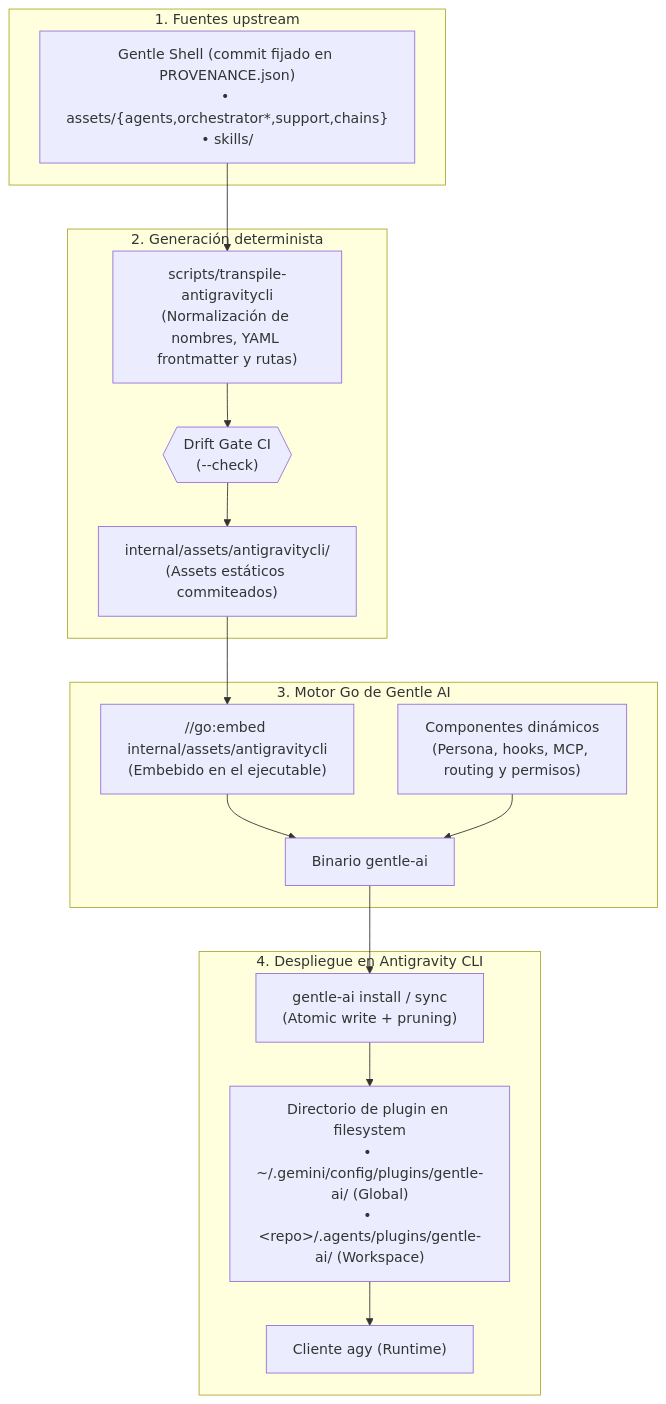
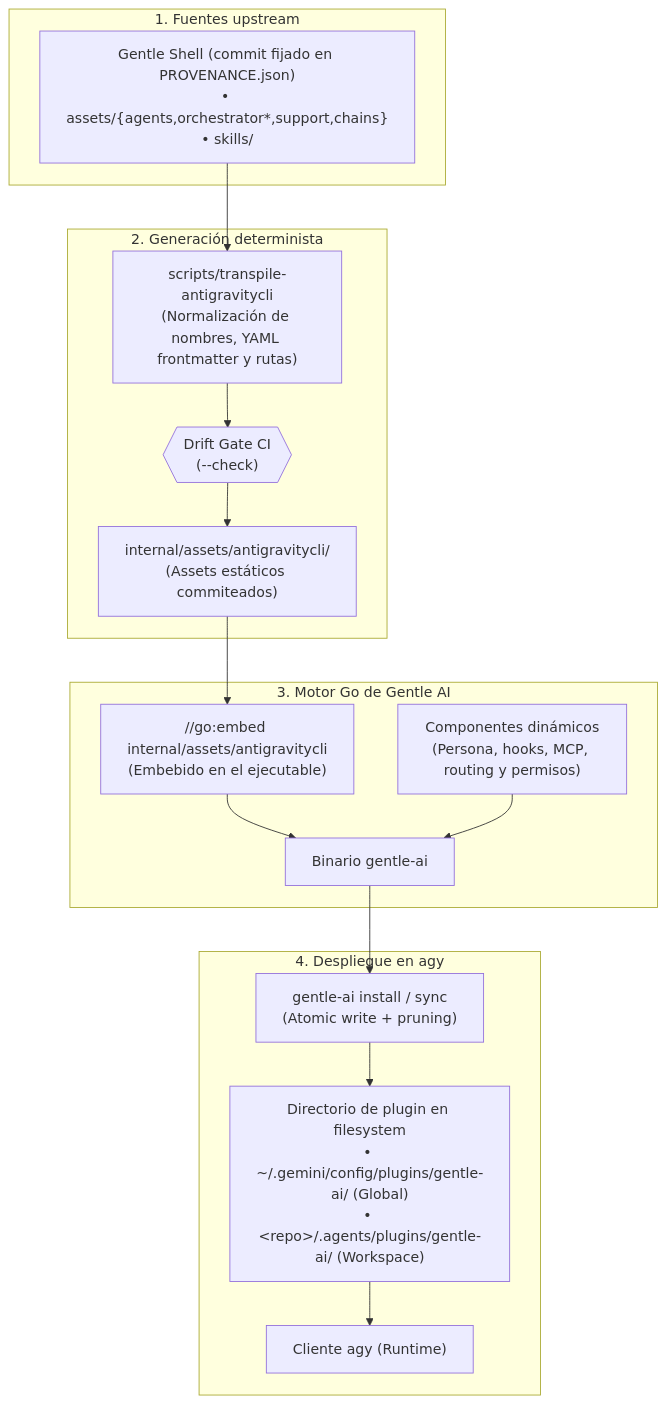
Before and after one commit to ariasbruno/gentle-ai: the first of 2 diagrams in docs/antigravity-cli/SUMMARY.md, drawn with Mermaid. The commit also changed other lines of this file and 15 other files, not shown here.

Commit message:
docs(antigravitycli): align agy and antigravity terminology

````diff
--- a/docs/antigravity-cli/SUMMARY.md
+++ b/docs/antigravity-cli/SUMMARY.md
@@ -17,34 +17,34 @@
 ```mermaid
 flowchart TD
     subgraph Upstream["1. Fuentes upstream"]
         GS["Gentle Shell (commit fijado en PROVENANCE.json)<br/>• assets/{agents,orchestrator*,support,chains}<br/>• skills/"]
     end
 
     subgraph Transpile["2. Generación determinista"]
         TR["scripts/transpile-antigravitycli<br/>(Normalización de nombres, YAML frontmatter y rutas)"]
         DG{{"Drift Gate CI<br/>(--check)"}}
         Assets["internal/assets/antigravitycli/<br/>(Assets estáticos commiteados)"]
     end
 
     subgraph Binary["3. Motor Go de Gentle AI"]
         Embed["//go:embed internal/assets/antigravitycli<br/>(Embebido en el ejecutable)"]
         Components["Componentes dinámicos<br/>(Persona, hooks, MCP, routing y permisos)"]
         Bin["Binario gentle-ai"]
     end
 
-    subgraph Target["4. Despliegue en Antigravity CLI"]
+    subgraph Target["4. Despliegue en agy"]
         Deploy["gentle-ai install / sync<br/>(Atomic write + pruning)"]
         FS["Directorio de plugin en filesystem<br/>• ~/.gemini/config/plugins/gentle-ai/ (Global)<br/>• &lt;repo&gt;/.agents/plugins/gentle-ai/ (Workspace)"]
         AGY["Cliente agy (Runtime)"]
     end
 
     GS --> TR
     TR --> DG
     DG --> Assets
     Assets --> Embed
     Embed --> Bin
     Components --> Bin
     Bin --> Deploy
     Deploy --> FS
     FS --> AGY
 ```
````
